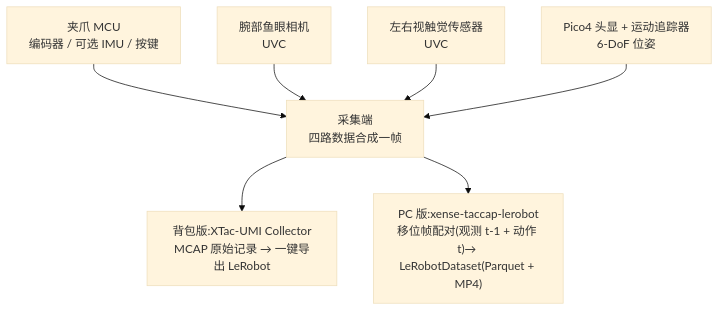
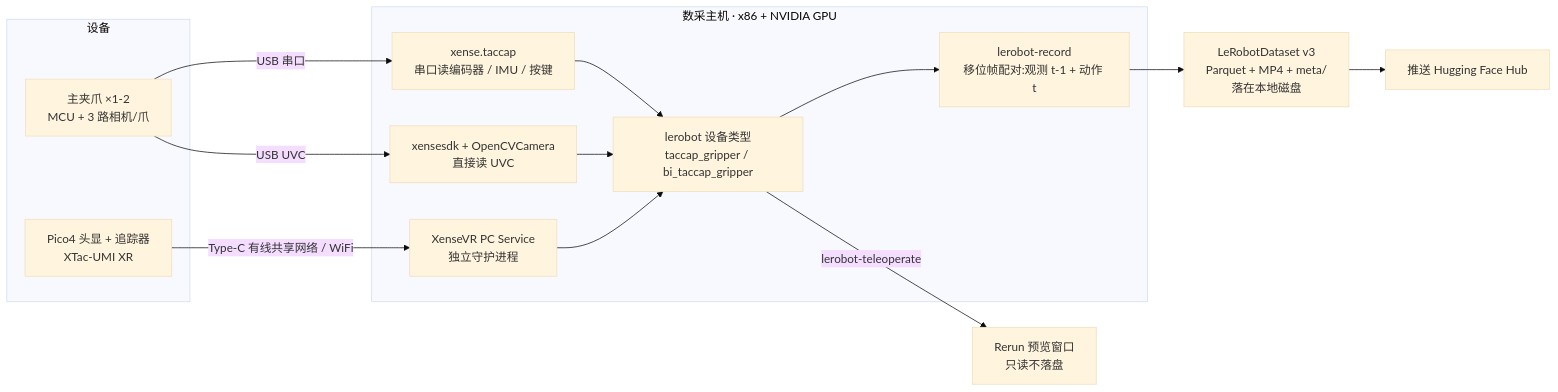
The second of 2 diagrams in docs/product/g1.md (XenseRobotics-AI/XTac-UMI-G1-Docs), drawn with Mermaid (base theme) before and after one commit. The commit also changed other lines of this file, not shown here.

First line of the commit message:
docs: 系统架构与数据流拆成两张图,按两套软件栈分开

````diff
--- a/docs/product/g1.md
+++ b/docs/product/g1.md
@@ -33,10 +70,24 @@
 ```mermaid
-flowchart TB
-    MCU[夹爪 MCU<br/>编码器 / 可选 IMU / 按键] --> HOST
-    WRIST[腕部鱼眼相机<br/>UVC] --> HOST
-    TACT[左右视触觉传感器<br/>UVC] --> HOST
-    PICO[Pico4 头显 + 运动追踪器<br/>6-DoF 位姿] --> HOST
-    HOST["采集端<br/>四路数据合成一帧"]
-    HOST --> BP["背包版:XTac-UMI Collector<br/>MCAP 原始记录 → 一键导出 LeRobot"]
-    HOST --> PC["PC 版:xense-taccap-lerobot<br/>移位帧配对(观测 t-1 + 动作 t)→ LeRobotDataset(Parquet + MP4)"]
+flowchart LR
+    subgraph DEV2["设备"]
+        G2["主夹爪 ×1-2<br/>MCU + 3 路相机/爪"]
+        P2["Pico4 头显 + 追踪器<br/>XTac-UMI XR"]
+    end
+    subgraph HOST["数采主机 · x86 + NVIDIA GPU"]
+        SDK["xense.taccap<br/>串口读编码器 / IMU / 按键"]
+        CAM["xensesdk + OpenCVCamera<br/>直接读 UVC"]
+        VR2["XenseVR PC Service<br/>独立守护进程"]
+        ROB["lerobot 设备类型<br/>taccap_gripper / bi_taccap_gripper"]
+        REC2["lerobot-record<br/>移位帧配对:观测 t-1 + 动作 t"]
+    end
+    G2 -->|"USB 串口"| SDK
+    G2 -->|"USB UVC"| CAM
+    P2 -->|"Type-C 有线共享网络 / WiFi"| VR2
+    SDK --> ROB
+    CAM --> ROB
+    VR2 --> ROB
+    ROB -->|"lerobot-teleoperate"| RR["Rerun 预览窗口<br/>只读不落盘"]
+    ROB --> REC2
+    REC2 --> DS["LeRobotDataset v3<br/>Parquet + MP4 + meta/<br/>落在本地磁盘"]
+    DS --> HF["推送 Hugging Face Hub"]
 ```
````
